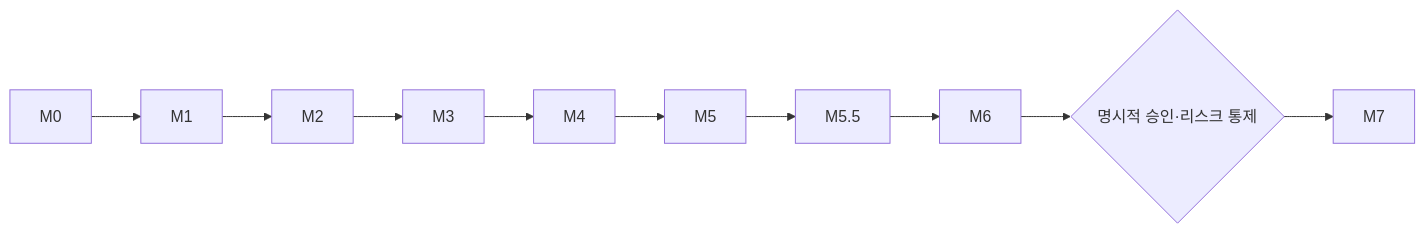
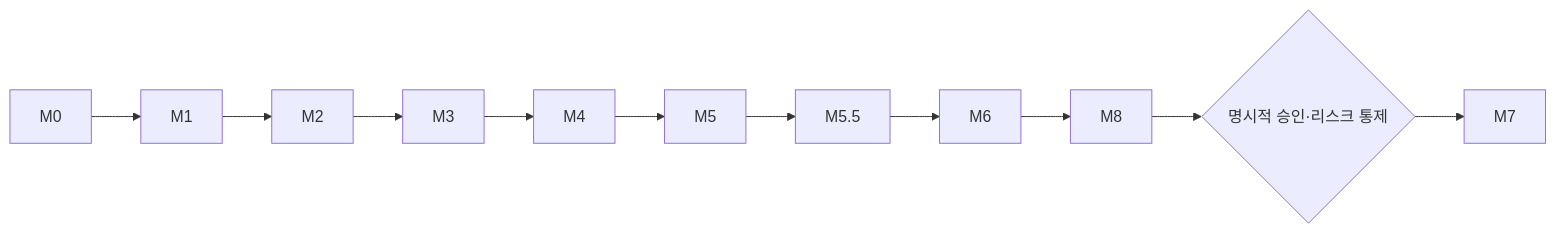
One commit to neutrospec/pi-money changed the diagram in docs/plan/README.md. Above: the diagram before and after it, drawn with Mermaid. The commit also changed other lines of this file and 6 other files, not shown here.

````diff
--- a/docs/plan/README.md
+++ b/docs/plan/README.md
@@ -59,6 +72,6 @@
 ```mermaid
 flowchart LR
     M0 --> M1 --> M2 --> M3 --> M4 --> M5 --> M55[M5.5]
-    M55 --> M6 --> Gate{명시적 승인·리스크 통제}
+    M55 --> M6 --> M8 --> Gate{명시적 승인·리스크 통제}
     Gate --> M7
 ```
````
